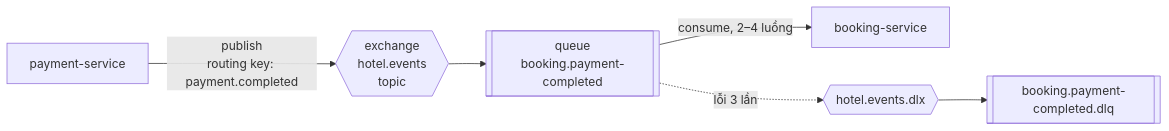
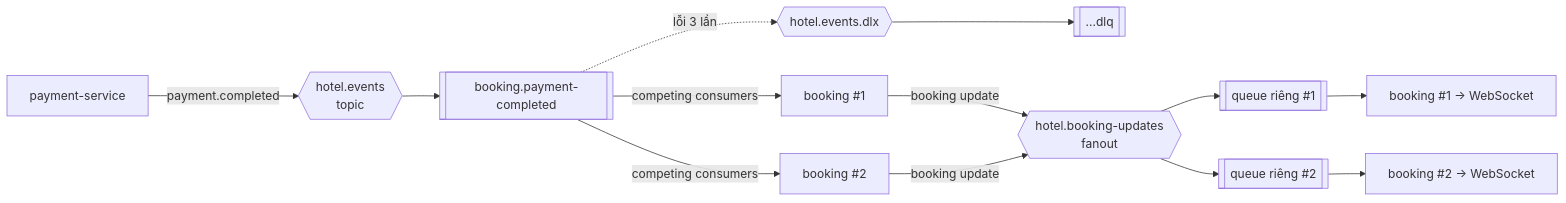
The diagram in docs/chapter4-communication.md (Sang2601/distributed-hotel-booking), drawn with Mermaid before and after one commit. The commit also changed other lines of this file and 69 other files, not shown here.

First line of the commit message:
Bổ sung load balancing, service registry, giám sát, cache, WebSocket, replication

````diff
--- a/docs/chapter4-communication.md
+++ b/docs/chapter4-communication.md
@@ -24,8 +31,11 @@
 ```mermaid
 flowchart LR
-    P[payment-service] -->|publish<br/>routing key: payment.completed| X{{exchange<br/>hotel.events<br/>topic}}
-    X --> Q[[queue<br/>booking.payment-completed]]
-    Q -->|consume, 2–4 luồng| B[booking-service]
-    Q -. lỗi 3 lần .-> DLX{{hotel.events.dlx}}
-    DLX --> DLQ[[booking.payment-completed.dlq]]
+    P[payment-service] -->|payment.completed| X{{hotel.events<br/>topic}}
+    X --> Q[[booking.payment-completed]]
+    Q -->|competing consumers| B1[booking #1] & B2[booking #2]
+    Q -. lỗi 3 lần .-> DLX{{hotel.events.dlx}} --> DLQ[[...dlq]]
+
+    B1 & B2 -->|booking update| F{{hotel.booking-updates<br/>fanout}}
+    F --> A1[[queue riêng #1]] --> B1w[booking #1 → WebSocket]
+    F --> A2[[queue riêng #2]] --> B2w[booking #2 → WebSocket]
 ```
````
